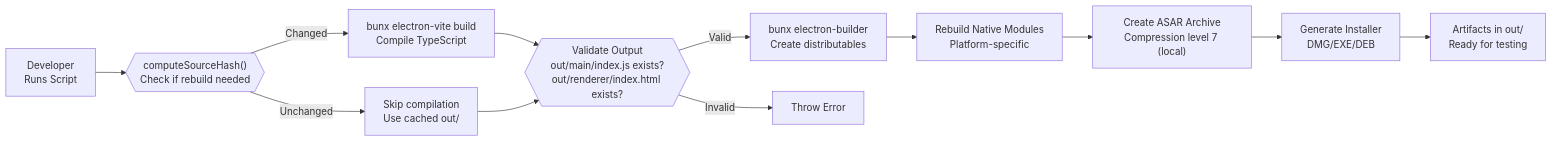
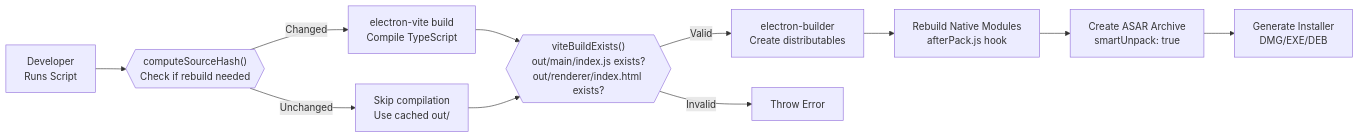
One commit to blackcater/zentree changed the second of 3 diagrams in docs/iOfficeAI_AionUi/build-and-deployment/index.md. Above: the diagram before and after it, drawn with Mermaid. The commit also changed other lines of this file and 232 other files, not shown here.

````diff
--- a/docs/iOfficeAI_AionUi/build-and-deployment/index.md
+++ b/docs/iOfficeAI_AionUi/build-and-deployment/index.md
@@ -100,14 +116,13 @@
 ```mermaid
 graph LR
     DEV["Developer<br/>Runs Script"] --> HASH{{"computeSourceHash()<br/>Check if rebuild needed"}}
-    HASH -->|Changed| VITE["bunx electron-vite build<br/>Compile TypeScript"]
+    HASH -->|Changed| VITE["electron-vite build<br/>Compile TypeScript"]
     HASH -->|Unchanged| SKIP["Skip compilation<br/>Use cached out/"]
-    VITE --> VALIDATE{{"Validate Output<br/>out/main/index.js exists?<br/>out/renderer/index.html exists?"}}
+    VITE --> VALIDATE{{"viteBuildExists()<br/>out/main/index.js exists?<br/>out/renderer/index.html exists?"}}
     SKIP --> VALIDATE
-    VALIDATE -->|Valid| BUILDER["bunx electron-builder<br/>Create distributables"]
+    VALIDATE -->|Valid| BUILDER["electron-builder<br/>Create distributables"]
     VALIDATE -->|Invalid| ERROR["Throw Error"]
-    BUILDER --> NATIVE["Rebuild Native Modules<br/>Platform-specific"]
-    NATIVE --> ASAR["Create ASAR Archive<br/>Compression level 7 (local)"]
+    BUILDER --> NATIVE["Rebuild Native Modules<br/>afterPack.js hook"]
+    NATIVE --> ASAR["Create ASAR Archive<br/>smartUnpack: true"]
     ASAR --> INSTALLER["Generate Installer<br/>DMG/EXE/DEB"]
-    INSTALLER --> DONE["Artifacts in out/<br/>Ready for testing"]
 ```
````
